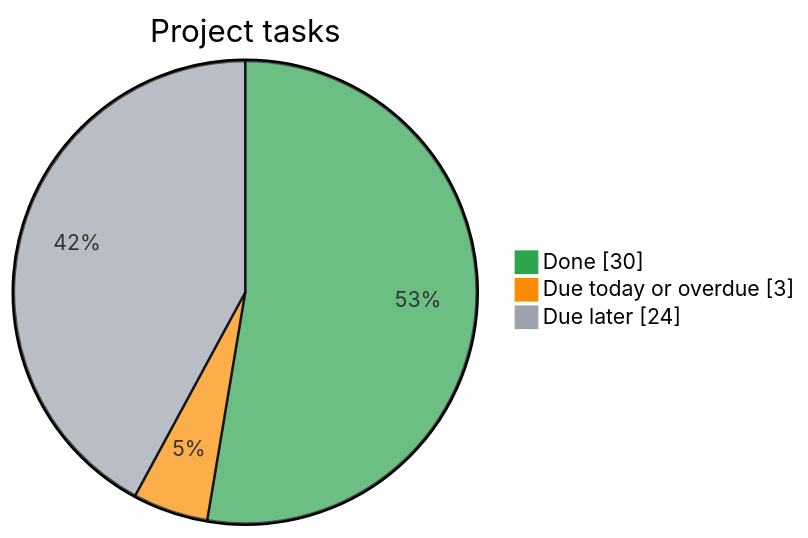
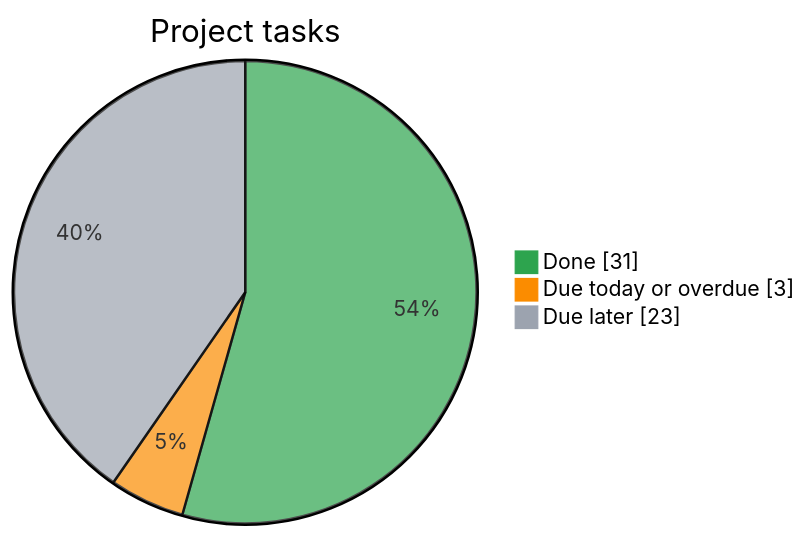
Before and after one commit to Kr1sKros/IKT466-Corporate-Bankruptcy-Predictor: the diagram in README.md, drawn with Mermaid. The commit also changed other lines of this file, not shown here.

Commit message:
docs: refresh task dashboard

````diff
--- a/README.md
+++ b/README.md
@@ -8,8 +8,8 @@
 ```mermaid
 %%{init: {"themeVariables": {"pie1": "#2da44e", "pie2": "#fb8c00", "pie3": "#9ca3af"}}}%%
 pie showData
     title Project tasks
-    "Done" : 30
+    "Done" : 31
     "Due today or overdue" : 3
-    "Due later" : 24
+    "Due later" : 23
 ```
````
